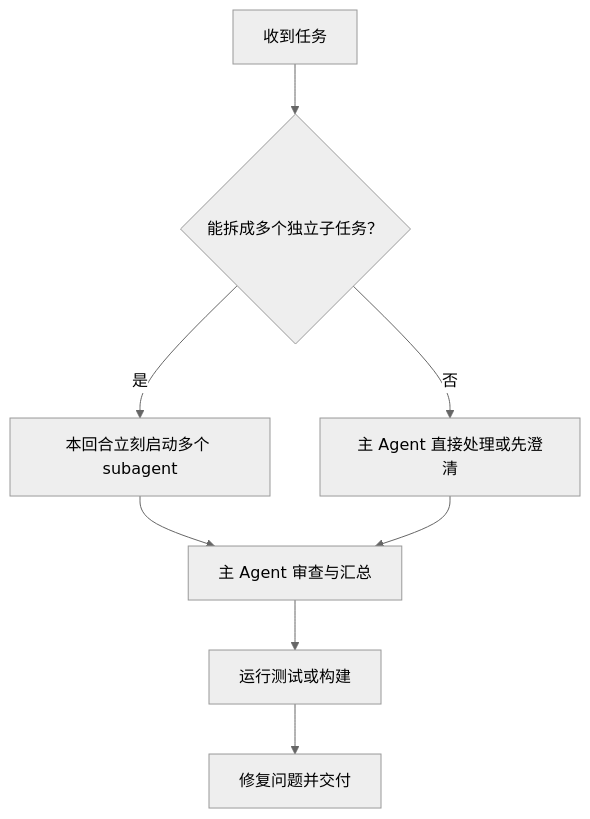
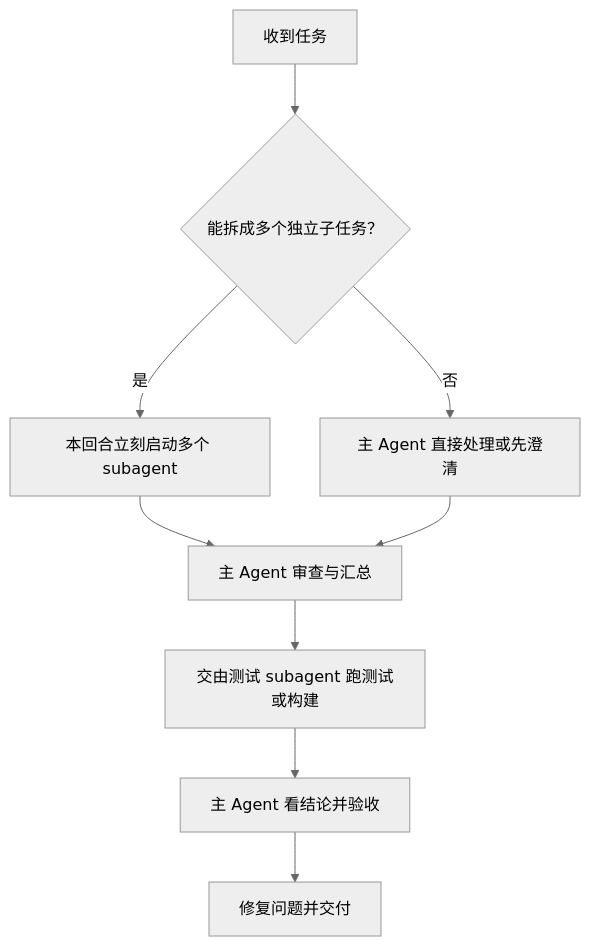
Before and after one commit to nicechencs/AgentHub: the diagram in AGENTS.md, drawn with Mermaid (neutral theme). The commit also changed other lines of this file and 119 other files, not shown here.

````diff
--- a/AGENTS.md
+++ b/AGENTS.md
@@ -76,10 +83,11 @@
 ```mermaid
 flowchart TD
     A[收到任务] --> B{能拆成多个独立子任务？}
     B -- 是 --> C[本回合立刻启动多个 subagent]
     B -- 否 --> D[主 Agent 直接处理或先澄清]
     C --> E[主 Agent 审查与汇总]
     D --> E
-    E --> F[运行测试或构建]
-    F --> G[修复问题并交付]
+    E --> F[交由测试 subagent 跑测试或构建]
+    F --> G[主 Agent 看结论并验收]
+    G --> H[修复问题并交付]
 ```
````
